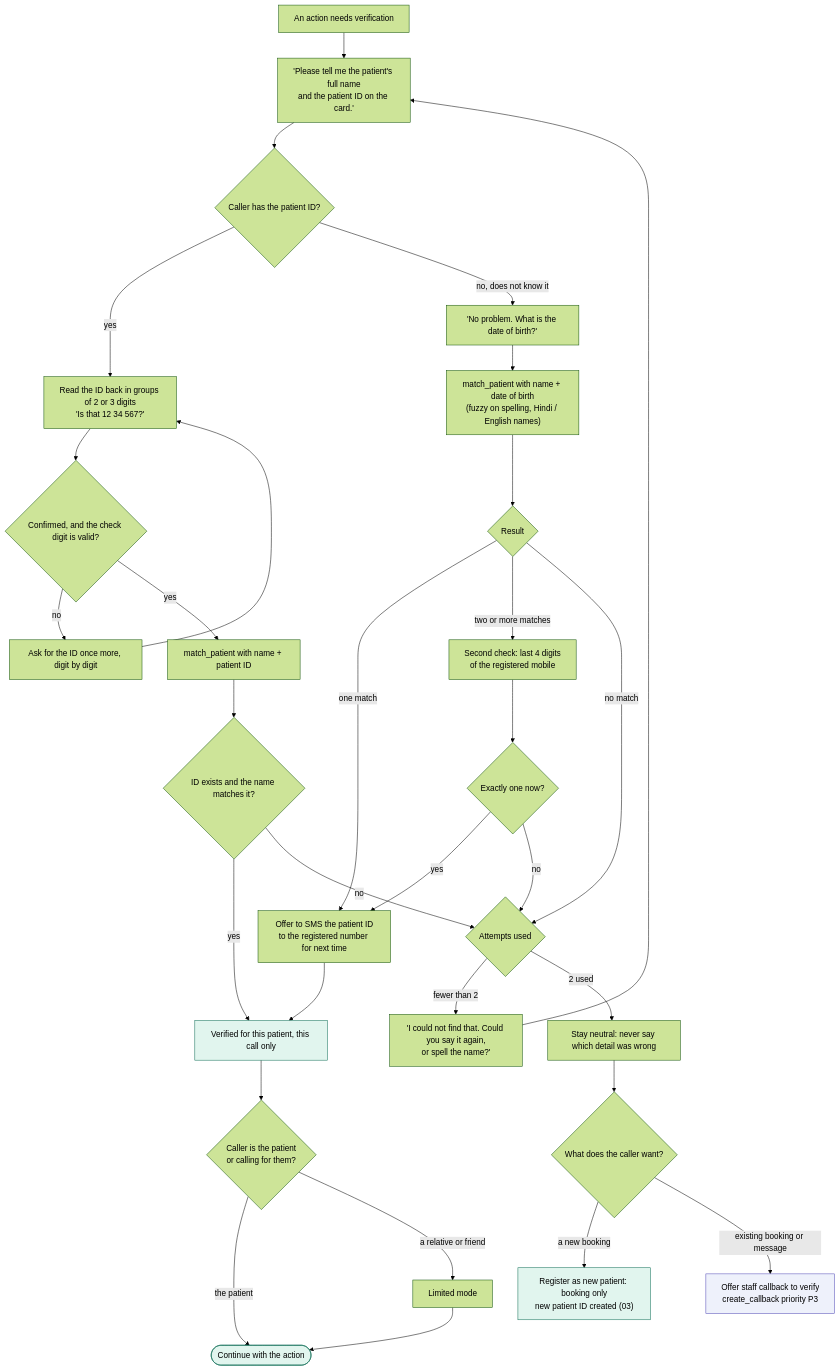
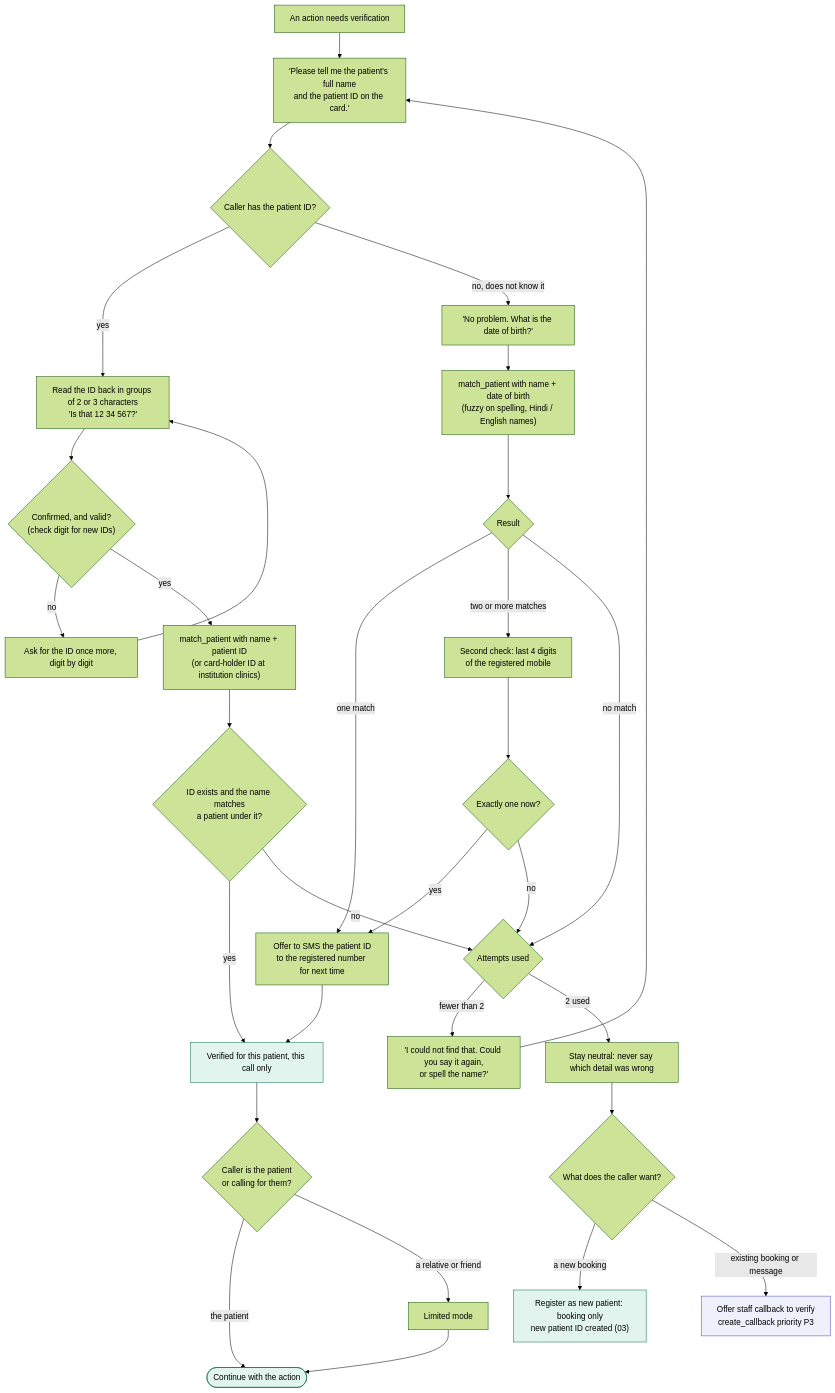
One commit to Anupamgt/tts-agent-1 changed the diagram in docs/flows/02-identity-verification.md. Above: the diagram before and after it, drawn with Mermaid (forest theme). The commit also changed other lines of this file and 13 other files, not shown here.

````diff
--- a/docs/flows/02-identity-verification.md
+++ b/docs/flows/02-identity-verification.md
@@ -20,43 +20,43 @@
 ```mermaid
 flowchart TD
     V0["An action needs verification"] --> V1["'Please tell me the patient's full name<br/>and the patient ID on the card.'"]
     V1 --> V2{"Caller has the patient ID?"}
 
-    V2 -->|"yes"| V3["Read the ID back in groups of 2 or 3 digits<br/>'Is that 12 34 567?'"]
-    V3 --> V3b{"Confirmed, and the check digit is valid?"}
+    V2 -->|"yes"| V3["Read the ID back in groups of 2 or 3 characters<br/>'Is that 12 34 567?'"]
+    V3 --> V3b{"Confirmed, and valid?<br/>(check digit for new IDs)"}
     V3b -->|"no"| V3c["Ask for the ID once more, digit by digit"]
     V3c --> V3
-    V3b -->|"yes"| V4["match_patient with name + patient ID"]
-    V4 --> V5{"ID exists and the name matches it?"}
+    V3b -->|"yes"| V4["match_patient with name + patient ID<br/>(or card-holder ID at institution clinics)"]
+    V4 --> V5{"ID exists and the name matches<br/>a patient under it?"}
     V5 -->|"yes"| V9
     V5 -->|"no"| V8
 
     V2 -->|"no, does not know it"| V6["'No problem. What is the date of birth?'"]
     V6 --> V7["match_patient with name + date of birth<br/>(fuzzy on spelling, Hindi / English names)"]
     V7 --> V7b{"Result"}
     V7b -->|"one match"| V7c["Offer to SMS the patient ID<br/>to the registered number for next time"]
     V7c --> V9
     V7b -->|"two or more matches"| V7d["Second check: last 4 digits<br/>of the registered mobile"]
     V7d --> V7e{"Exactly one now?"}
     V7e -->|"yes"| V7c
     V7e -->|"no"| V8
     V7b -->|"no match"| V8
 
     V8{"Attempts used"}
     V8 -->|"fewer than 2"| V8a["'I could not find that. Could you say it again,<br/>or spell the name?'"]
     V8a --> V1
     V8 -->|"2 used"| V10["Stay neutral: never say which detail was wrong"]
     V10 --> V11{"What does the caller want?"}
     V11 -->|"a new booking"| N["Register as new patient: booking only<br/>new patient ID created (03)"]
     V11 -->|"existing booking or message"| V12["Offer staff callback to verify<br/>create_callback priority P3"]
 
     V9["Verified for this patient, this call only"] --> V13{"Caller is the patient<br/>or calling for them?"}
     V13 -->|"the patient"| OK(["Continue with the action"])
     V13 -->|"a relative or friend"| V14["Limited mode"]
     V14 --> OK
 
     classDef agent fill:#e1f5ee,stroke:#0f6e56;
     classDef human fill:#eef1fb,stroke:#534ab7;
     class V9,OK,N agent;
     class V12 human;
 ```
````
